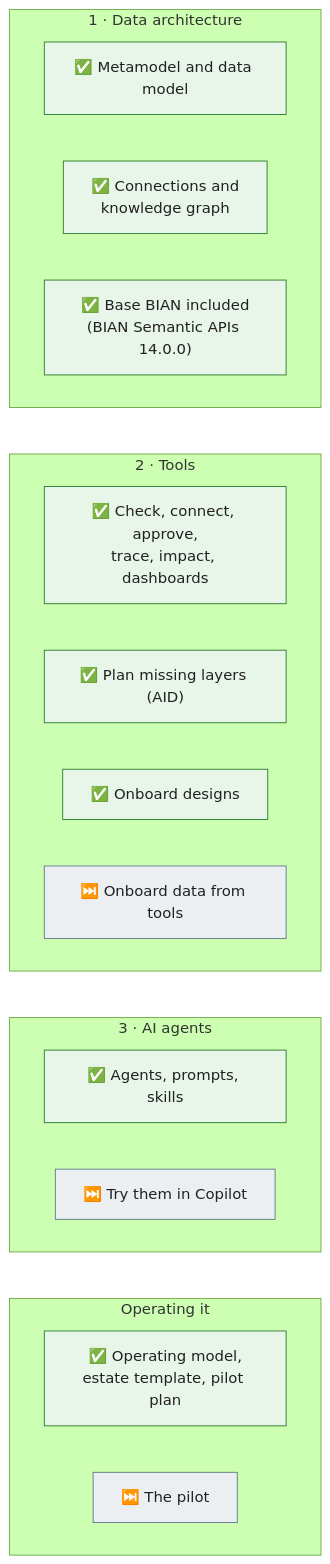
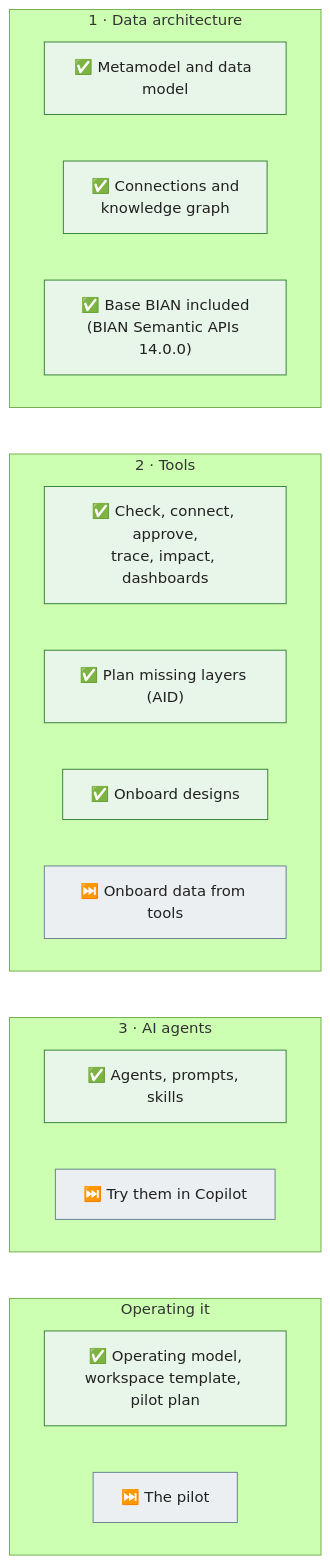
The eighth of 9 diagrams in README.md (taumoeps/bian-sdem-framework), drawn with Mermaid (forest theme) before and after one commit. The commit also changed other lines of this file and 155 other files, not shown here.

````diff
--- a/README.md
+++ b/README.md
@@ -243,31 +243,31 @@
 ```mermaid
 flowchart TB
     subgraph B1["1 · Data architecture"]
         direction LR
         d1["✅ Metamodel and data model"]
         d2["✅ Connections and<br/>knowledge graph"]
         d3["✅ Base BIAN included<br/>(BIAN Semantic APIs 14.0.0)"]
     end
     subgraph B2["2 · Tools"]
         direction LR
         t1["✅ Check, connect, approve,<br/>trace, impact, dashboards"]
         t2["✅ Plan missing layers (AID)"]
         t3["✅ Onboard designs"]
         t4["⏭️ Onboard data from tools"]
     end
     subgraph B3["3 · AI agents"]
         direction LR
         a1["✅ Agents, prompts, skills"]
         a2["⏭️ Try them in Copilot"]
     end
     subgraph B4["Operating it"]
         direction LR
-        o1["✅ Operating model,<br/>estate template, pilot plan"]
+        o1["✅ Operating model,<br/>workspace template, pilot plan"]
         o2["⏭️ The pilot"]
     end
     B1 ~~~ B2 ~~~ B3 ~~~ B4
     classDef b fill:#E8F5E9,stroke:#2E7D32,color:#212121
     classDef n fill:#ECEFF1,stroke:#607D8B,color:#212121
     class d1,d2,d3,t1,t2,t3,a1,o1 b
     class t4,a2,o2 n
 ```
````
